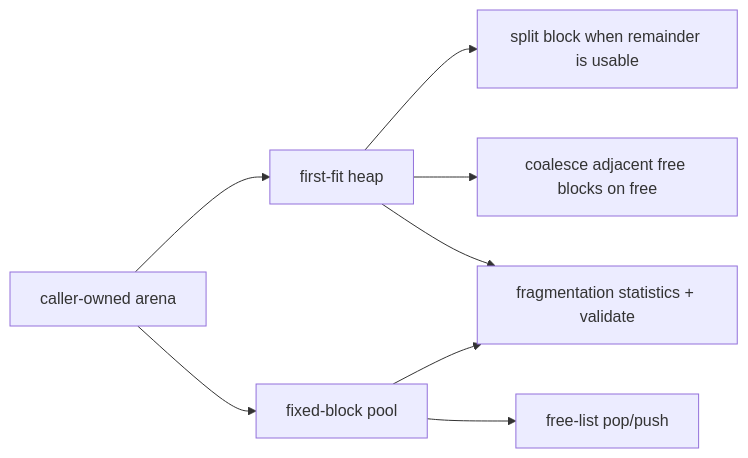
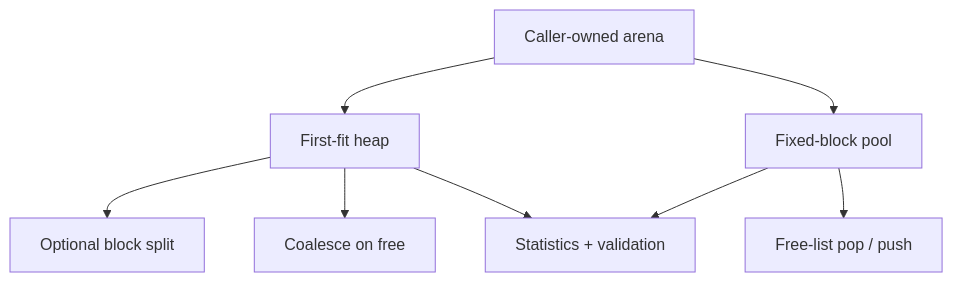
One commit to haikevins/hairtos changed the diagram in docs/07-labs-and-examples/memory-allocator-lab.md. Above: the diagram before and after it, drawn with Mermaid. The commit also changed other lines of this file and 82 other files, not shown here.

````diff
--- a/docs/07-labs-and-examples/memory-allocator-lab.md
+++ b/docs/07-labs-and-examples/memory-allocator-lab.md
@@ -42,10 +41,10 @@
 ```mermaid
-flowchart LR
-    A["caller-owned arena"] --> H["first-fit heap"]
-    H --> S["split block when remainder is usable"]
-    H --> C["coalesce adjacent free blocks on free"]
-    A --> P["fixed-block pool"]
-    P --> F["free-list pop/push"]
-    H --> ST["fragmentation statistics + validate"]
+flowchart TB
+    A["Caller-owned arena"] --> H["First-fit heap"]
+    H --> S["Optional block split"]
+    H --> C["Coalesce on free"]
+    A --> P["Fixed-block pool"]
+    P --> F["Free-list pop / push"]
+    H --> ST["Statistics + validation"]
     P --> ST
 ```
````
